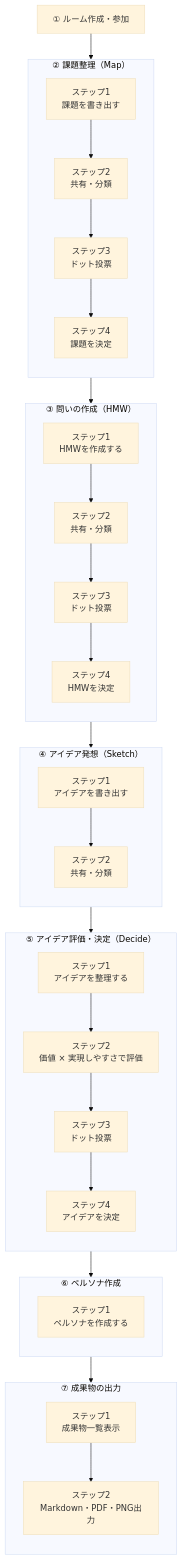
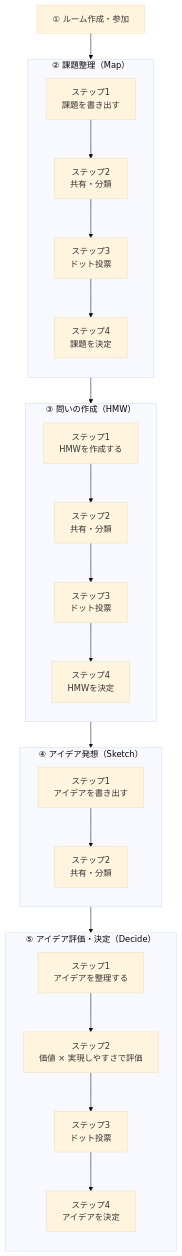
Before and after one commit to engineer-first/idea-flow-app: the diagram in docs/ds-flow.md, drawn with Mermaid (base theme). The commit also changed 2 other files, not shown here.

Commit message:
MVP スコープに合わせて PRD と関連ドキュメントを整理
- MVP をルーム〜アイデア決定（①〜⑤、2軸マッピング含む）に確定
- AI ファシリテーション・LLM 連携を Non-Goal 化し、進行支援は固定のガイド文言に変更
- ペルソナ作成フェーズ・成果物出力フェーズを削除し Non-Goal に移動
- Goal・コア機能一覧・競合比較・パッケージデザインを新スコープに整合

````diff
--- a/docs/ds-flow.md
+++ b/docs/ds-flow.md
@@ -3,68 +3,51 @@
 ```mermaid
 flowchart TD
 
 A[① ルーム作成・参加]
 
 A --> C
 
 subgraph C["② 課題整理（Map）"]
 direction TB
 C1[ステップ1<br>課題を書き出す]
 C2[ステップ2<br>共有・分類]
 C3[ステップ3<br>ドット投票]
 C4[ステップ4<br>課題を決定]
 
 C1 --> C2 --> C3 --> C4
 end
 
 C --> D
 
 subgraph D["③ 問いの作成（HMW）"]
 direction TB
 D1[ステップ1<br>HMWを作成する]
 D2[ステップ2<br>共有・分類]
 D3[ステップ3<br>ドット投票]
 D4[ステップ4<br>HMWを決定]
 
 D1 --> D2 --> D3 --> D4
 end
 
 D --> E
 
 subgraph E["④ アイデア発想（Sketch）"]
 direction TB
 E1[ステップ1<br>アイデアを書き出す]
 E2[ステップ2<br>共有・分類]
 
 E1 --> E2
 end
 
 E --> F
 
 subgraph F["⑤ アイデア評価・決定（Decide）"]
 direction TB
 F1[ステップ1<br>アイデアを整理する]
 F2[ステップ2<br>価値 × 実現しやすさで評価]
 F3[ステップ3<br>ドット投票]
 F4[ステップ4<br>アイデアを決定]
 
 F1 --> F2 --> F3 --> F4
 end
-
-F --> G
-
-subgraph G["⑥ ペルソナ作成"]
-direction TB
-G1[ステップ1<br>ペルソナを作成する]
-end
-
-G --> H
-
-subgraph H["⑦ 成果物の出力"]
-direction TB
-H1[ステップ1<br>成果物一覧表示]
-H2[ステップ2<br>Markdown・PDF・PNG出力]
-
-H1 --> H2
-end
 ```
````
